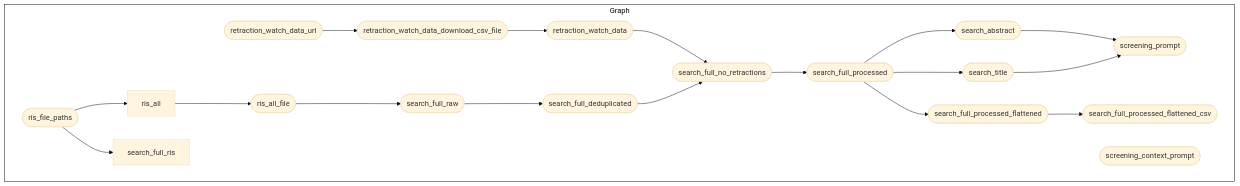
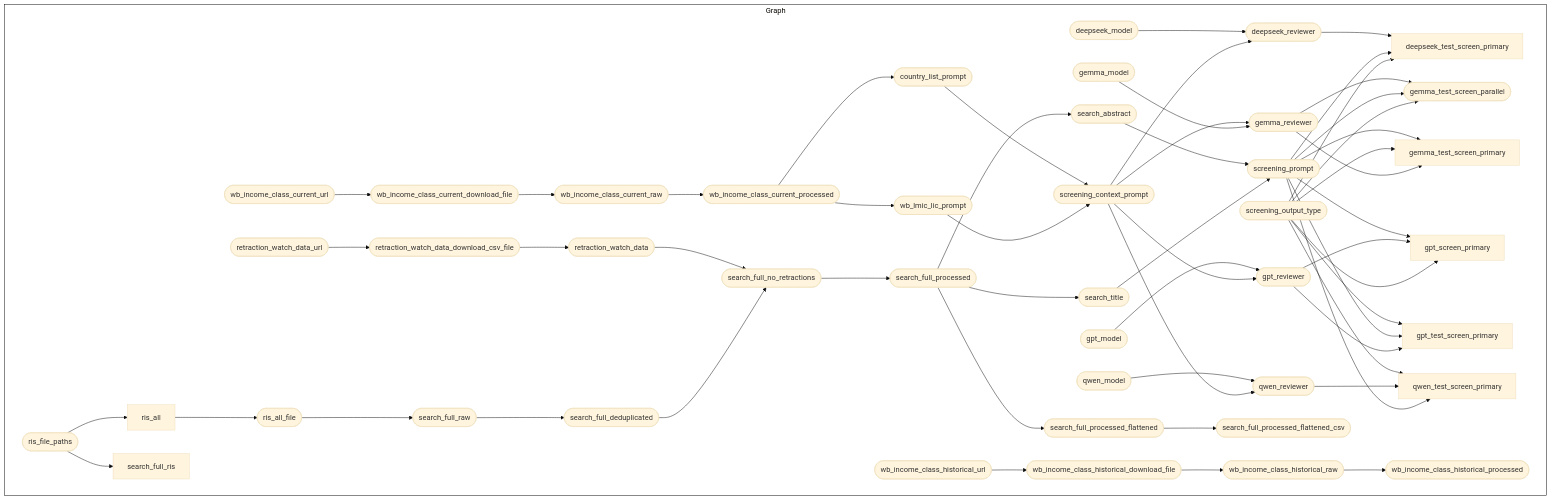
Before and after one commit to OxfordIHTM/stroke-lmic-ollama: the diagram in README.md, drawn with Mermaid (base theme). The commit also changed other lines of this file and 5 other files, not shown here.

````diff
--- a/README.md
+++ b/README.md
@@ -154,24 +173,60 @@
 ``` mermaid
 graph LR
   style Graph fill:#FFFFFF00,stroke:#000000;
   subgraph Graph
     direction LR
-    xb4a9c9edd73bec9b(["retraction_watch_data_download_csv_file"]):::skipped --> x71f5d31f85b83ceb(["retraction_watch_data"]):::skipped
-    xe03e263fab696ab7(["retraction_watch_data_url"]):::skipped --> xb4a9c9edd73bec9b(["retraction_watch_data_download_csv_file"]):::skipped
-    x188aa7ffce88bb98(["ris_file_paths"]):::skipped --> x6ba4c23c2738dda8["ris_all"]:::skipped
-    x6ba4c23c2738dda8["ris_all"]:::skipped --> x4b7fcdd63fd7fb9a(["ris_all_file"]):::skipped
-    x971c8918645ea4f3(["search_abstract"]):::completed --> xf493b7d472ff5e59(["screening_prompt"]):::completed
-    x4946600ed43ea69a(["search_title"]):::completed --> xf493b7d472ff5e59(["screening_prompt"]):::completed
-    xcf6ddd66dde32d43(["search_full_processed"]):::completed --> x971c8918645ea4f3(["search_abstract"]):::completed
-    x2f7fdb4e976b16f9(["search_full_raw"]):::skipped --> x2b5a5c97911afa83(["search_full_deduplicated"]):::skipped
-    x71f5d31f85b83ceb(["retraction_watch_data"]):::skipped --> xe0f5c577fdbd2edb(["search_full_no_retractions"]):::skipped
-    x2b5a5c97911afa83(["search_full_deduplicated"]):::skipped --> xe0f5c577fdbd2edb(["search_full_no_retractions"]):::skipped
-    xe0f5c577fdbd2edb(["search_full_no_retractions"]):::skipped --> xcf6ddd66dde32d43(["search_full_processed"]):::completed
-    xcf6ddd66dde32d43(["search_full_processed"]):::completed --> xd596227685e2e430(["search_full_processed_flattened"]):::completed
-    xd596227685e2e430(["search_full_processed_flattened"]):::completed --> x4b455536a354b302(["search_full_processed_flattened_csv"]):::completed
-    x4b7fcdd63fd7fb9a(["ris_all_file"]):::skipped --> x2f7fdb4e976b16f9(["search_full_raw"]):::skipped
-    x188aa7ffce88bb98(["ris_file_paths"]):::skipped --> xfda738880e222baf["search_full_ris"]:::skipped
-    xcf6ddd66dde32d43(["search_full_processed"]):::completed --> x4946600ed43ea69a(["search_title"]):::completed
-    x60ed8e986a8cab2a(["screening_context_prompt"]):::skipped
+    xa43b3def3d49b4f7(["wb_income_class_current_processed"]):::skipped --> x9ce45b64b41c86a9(["country_list_prompt"]):::skipped
+    x22ff41defec165cc(["deepseek_model"]):::queued --> xa7cacf98a8901b23(["deepseek_reviewer"]):::queued
+    x60ed8e986a8cab2a(["screening_context_prompt"]):::completed --> xa7cacf98a8901b23(["deepseek_reviewer"]):::queued
+    xa7cacf98a8901b23(["deepseek_reviewer"]):::queued --> x1cd58d886269795c["deepseek_test_screen_primary"]:::queued
+    xf493b7d472ff5e59(["screening_prompt"]):::queued --> x1cd58d886269795c["deepseek_test_screen_primary"]:::queued
+    x6fc9df893dbb0aaa(["screening_output_type"]):::queued --> x1cd58d886269795c["deepseek_test_screen_primary"]:::queued
+    x60ed8e986a8cab2a(["screening_context_prompt"]):::completed --> xeb04618c59839428(["gemma_reviewer"]):::queued
+    xfac2732c01b1bb30(["gemma_model"]):::queued --> xeb04618c59839428(["gemma_reviewer"]):::queued
+    xeb04618c59839428(["gemma_reviewer"]):::queued --> x96f0ea544e9b01e9(["gemma_test_screen_parallel"]):::queued
+    xf493b7d472ff5e59(["screening_prompt"]):::queued --> x96f0ea544e9b01e9(["gemma_test_screen_parallel"]):::queued
+    x6fc9df893dbb0aaa(["screening_output_type"]):::queued --> x96f0ea544e9b01e9(["gemma_test_screen_parallel"]):::queued
+    xf493b7d472ff5e59(["screening_prompt"]):::queued --> xa29db1d3ac8283bc["gemma_test_screen_primary"]:::queued
+    x6fc9df893dbb0aaa(["screening_output_type"]):::queued --> xa29db1d3ac8283bc["gemma_test_screen_primary"]:::queued
+    xeb04618c59839428(["gemma_reviewer"]):::queued --> xa29db1d3ac8283bc["gemma_test_screen_primary"]:::queued
+    x17ceb73139f385c0(["gpt_model"]):::completed --> x3b36e37aef5a26b7(["gpt_reviewer"]):::errored
+    x60ed8e986a8cab2a(["screening_context_prompt"]):::completed --> x3b36e37aef5a26b7(["gpt_reviewer"]):::errored
+    xf493b7d472ff5e59(["screening_prompt"]):::queued --> xd17f8bdde2abbccd["gpt_screen_primary"]:::queued
+    x3b36e37aef5a26b7(["gpt_reviewer"]):::errored --> xd17f8bdde2abbccd["gpt_screen_primary"]:::queued
+    x6fc9df893dbb0aaa(["screening_output_type"]):::queued --> xd17f8bdde2abbccd["gpt_screen_primary"]:::queued
+    x6fc9df893dbb0aaa(["screening_output_type"]):::queued --> x8a5a89d2558ba09e["gpt_test_screen_primary"]:::queued
+    xf493b7d472ff5e59(["screening_prompt"]):::queued --> x8a5a89d2558ba09e["gpt_test_screen_primary"]:::queued
+    x3b36e37aef5a26b7(["gpt_reviewer"]):::errored --> x8a5a89d2558ba09e["gpt_test_screen_primary"]:::queued
+    xbd7be77f61000ca6(["qwen_model"]):::queued --> x2231fd7fbf277364(["qwen_reviewer"]):::queued
+    x60ed8e986a8cab2a(["screening_context_prompt"]):::completed --> x2231fd7fbf277364(["qwen_reviewer"]):::queued
+    x6fc9df893dbb0aaa(["screening_output_type"]):::queued --> x888498e3b5d283fb["qwen_test_screen_primary"]:::queued
+    x2231fd7fbf277364(["qwen_reviewer"]):::queued --> x888498e3b5d283fb["qwen_test_screen_primary"]:::queued
+    xf493b7d472ff5e59(["screening_prompt"]):::queued --> x888498e3b5d283fb["qwen_test_screen_primary"]:::queued
+    xb4a9c9edd73bec9b(["retraction_watch_data_download_csv_file"]):::queued --> x71f5d31f85b83ceb(["retraction_watch_data"]):::queued
+    xe03e263fab696ab7(["retraction_watch_data_url"]):::queued --> xb4a9c9edd73bec9b(["retraction_watch_data_download_csv_file"]):::queued
+    x188aa7ffce88bb98(["ris_file_paths"]):::queued --> x6ba4c23c2738dda8["ris_all"]:::queued
+    x6ba4c23c2738dda8["ris_all"]:::queued --> x4b7fcdd63fd7fb9a(["ris_all_file"]):::queued
+    x9ce45b64b41c86a9(["country_list_prompt"]):::skipped --> x60ed8e986a8cab2a(["screening_context_prompt"]):::completed
+    x695fa0d6d05420ec(["wb_lmic_lic_prompt"]):::skipped --> x60ed8e986a8cab2a(["screening_context_prompt"]):::completed
+    x971c8918645ea4f3(["search_abstract"]):::queued --> xf493b7d472ff5e59(["screening_prompt"]):::queued
+    x4946600ed43ea69a(["search_title"]):::queued --> xf493b7d472ff5e59(["screening_prompt"]):::queued
+    xcf6ddd66dde32d43(["search_full_processed"]):::queued --> x971c8918645ea4f3(["search_abstract"]):::queued
+    x2f7fdb4e976b16f9(["search_full_raw"]):::queued --> x2b5a5c97911afa83(["search_full_deduplicated"]):::queued
+    x71f5d31f85b83ceb(["retraction_watch_data"]):::queued --> xe0f5c577fdbd2edb(["search_full_no_retractions"]):::queued
+    x2b5a5c97911afa83(["search_full_deduplicated"]):::queued --> xe0f5c577fdbd2edb(["search_full_no_retractions"]):::queued
+    xe0f5c577fdbd2edb(["search_full_no_retractions"]):::queued --> xcf6ddd66dde32d43(["search_full_processed"]):::queued
+    xcf6ddd66dde32d43(["search_full_processed"]):::queued --> xd596227685e2e430(["search_full_processed_flattened"]):::queued
+    xd596227685e2e430(["search_full_processed_flattened"]):::queued --> x4b455536a354b302(["search_full_processed_flattened_csv"]):::queued
+    x4b7fcdd63fd7fb9a(["ris_all_file"]):::queued --> x2f7fdb4e976b16f9(["search_full_raw"]):::queued
+    x188aa7ffce88bb98(["ris_file_paths"]):::queued --> xfda738880e222baf["search_full_ris"]:::queued
+    xcf6ddd66dde32d43(["search_full_processed"]):::queued --> x4946600ed43ea69a(["search_title"]):::queued
+    x1d55ec70bfb3e5c3(["wb_income_class_current_url"]):::skipped --> x2ba514579f98d31e(["wb_income_class_current_download_file"]):::skipped
+    x04b0674ebb1d4224(["wb_income_class_current_raw"]):::skipped --> xa43b3def3d49b4f7(["wb_income_class_current_processed"]):::skipped
+    x2ba514579f98d31e(["wb_income_class_current_download_file"]):::skipped --> x04b0674ebb1d4224(["wb_income_class_current_raw"]):::skipped
+    x2bea19edd962dff0(["wb_income_class_historical_url"]):::queued --> x632f062b8be60f94(["wb_income_class_historical_download_file"]):::queued
+    x40ccb8e1a54291c2(["wb_income_class_historical_raw"]):::queued --> xdb7f30fa4e7f18b5(["wb_income_class_historical_processed"]):::queued
+    x632f062b8be60f94(["wb_income_class_historical_download_file"]):::queued --> x40ccb8e1a54291c2(["wb_income_class_historical_raw"]):::queued
+    xa43b3def3d49b4f7(["wb_income_class_current_processed"]):::skipped --> x695fa0d6d05420ec(["wb_lmic_lic_prompt"]):::skipped
+    
   end
 ```
````
